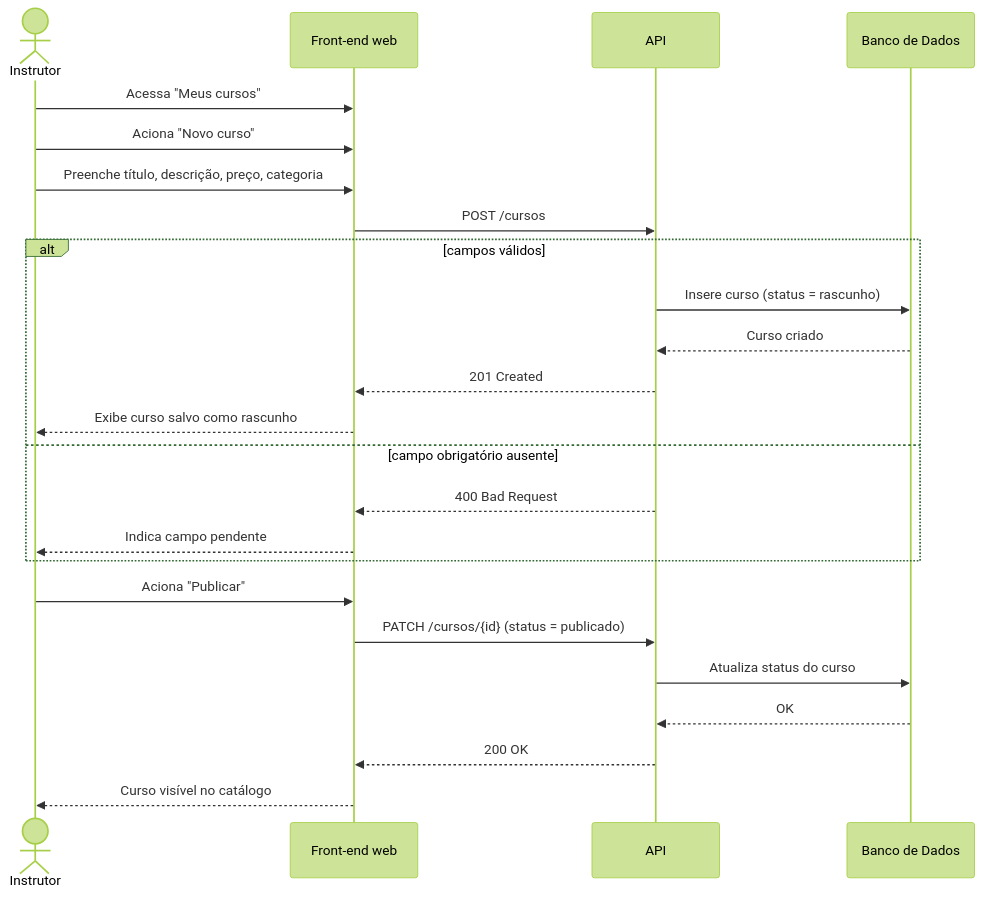
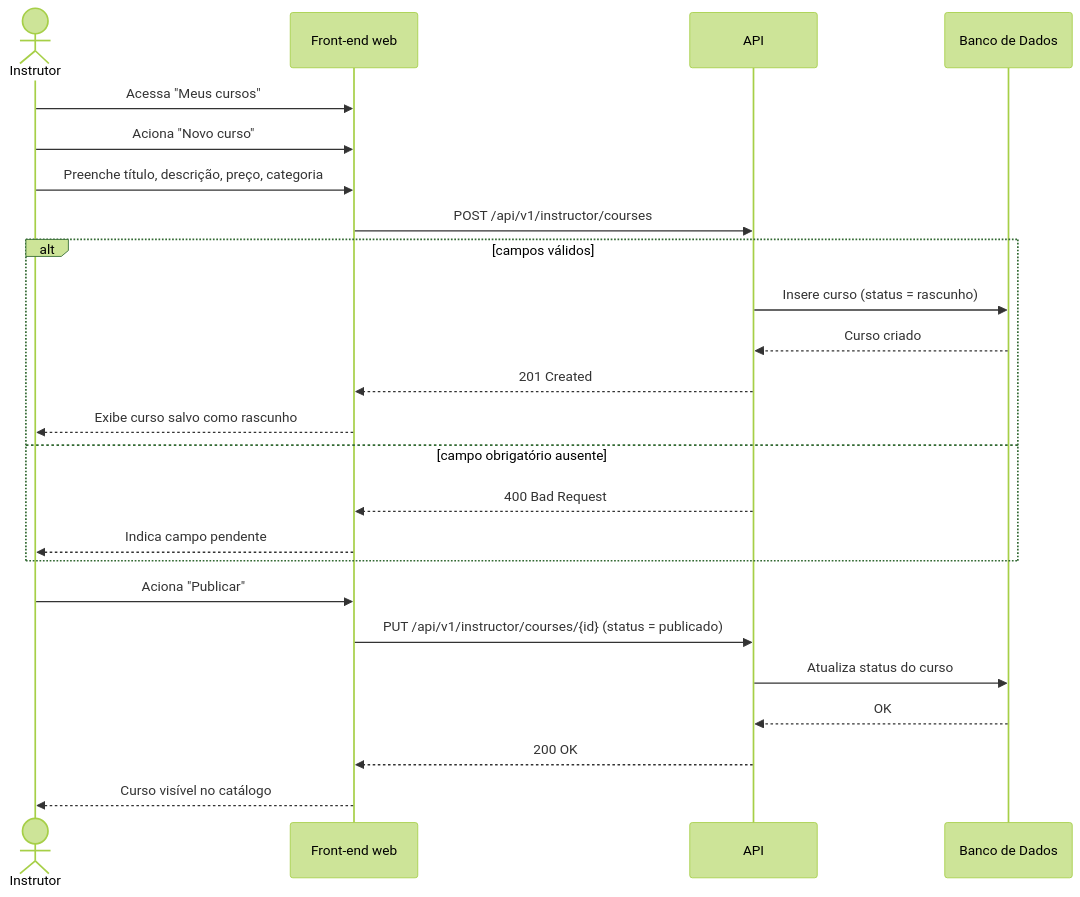
One commit to Plataforma-de-Cursos-TCC/plataforma-cursos-docs changed the diagram in docs/ssd/UC006-cadastrar-curso.md. Above: the diagram before and after it, drawn with Mermaid (forest theme). The commit also changed 16 other files, not shown here.

````diff
--- a/docs/ssd/UC006-cadastrar-curso.md
+++ b/docs/ssd/UC006-cadastrar-curso.md
@@ -5,28 +5,28 @@
 ```mermaid
 sequenceDiagram
     actor Instrutor
     participant FE as Front-end web
     participant API
     participant DB as Banco de Dados
 
     Instrutor->>FE: Acessa "Meus cursos"
     Instrutor->>FE: Aciona "Novo curso"
     Instrutor->>FE: Preenche título, descrição, preço, categoria
-    FE->>API: POST /cursos
+    FE->>API: POST /api/v1/instructor/courses
     alt campos válidos
         API->>DB: Insere curso (status = rascunho)
         DB-->>API: Curso criado
         API-->>FE: 201 Created
         FE-->>Instrutor: Exibe curso salvo como rascunho
     else campo obrigatório ausente
         API-->>FE: 400 Bad Request
         FE-->>Instrutor: Indica campo pendente
     end
 
     Instrutor->>FE: Aciona "Publicar"
-    FE->>API: PATCH /cursos/{id} (status = publicado)
+    FE->>API: PUT /api/v1/instructor/courses/{id} (status = publicado)
     API->>DB: Atualiza status do curso
     DB-->>API: OK
     API-->>FE: 200 OK
     FE-->>Instrutor: Curso visível no catálogo
 ```
````
